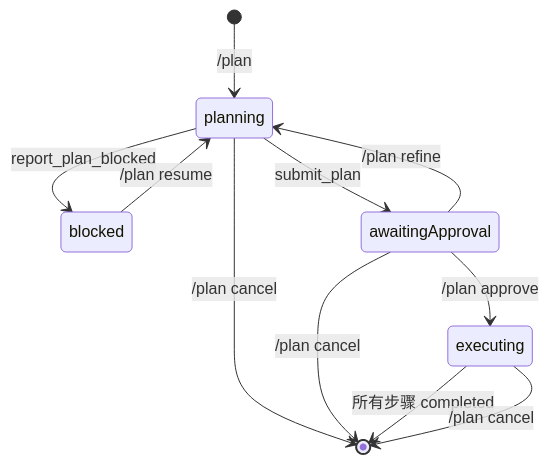
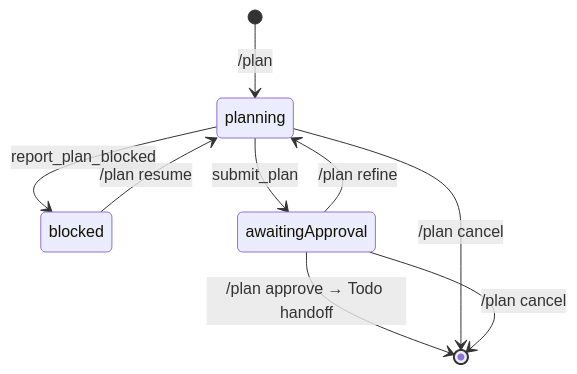
One commit to jaronic/pi-extensions changed the diagram in plan/README.md. Above: the diagram before and after it, drawn with Mermaid. The commit also changed other lines of this file and 49 other files, not shown here.

First line of the commit message:
refactor(goal,plan,todo): exclusive workflow protocol and settled-board cleanup

````diff
--- a/plan/README.md
+++ b/plan/README.md
@@ -51,13 +51,11 @@
 ```mermaid
 stateDiagram-v2
     [*] --> planning: /plan
     planning --> blocked: report_plan_blocked
     blocked --> planning: /plan resume
     planning --> awaitingApproval: submit_plan
     awaitingApproval --> planning: /plan refine
-    awaitingApproval --> executing: /plan approve
+    awaitingApproval --> [*]: /plan approve → Todo handoff
     planning --> [*]: /plan cancel
     awaitingApproval --> [*]: /plan cancel
-    executing --> [*]: 所有步骤 completed
-    executing --> [*]: /plan cancel
 ```
````
